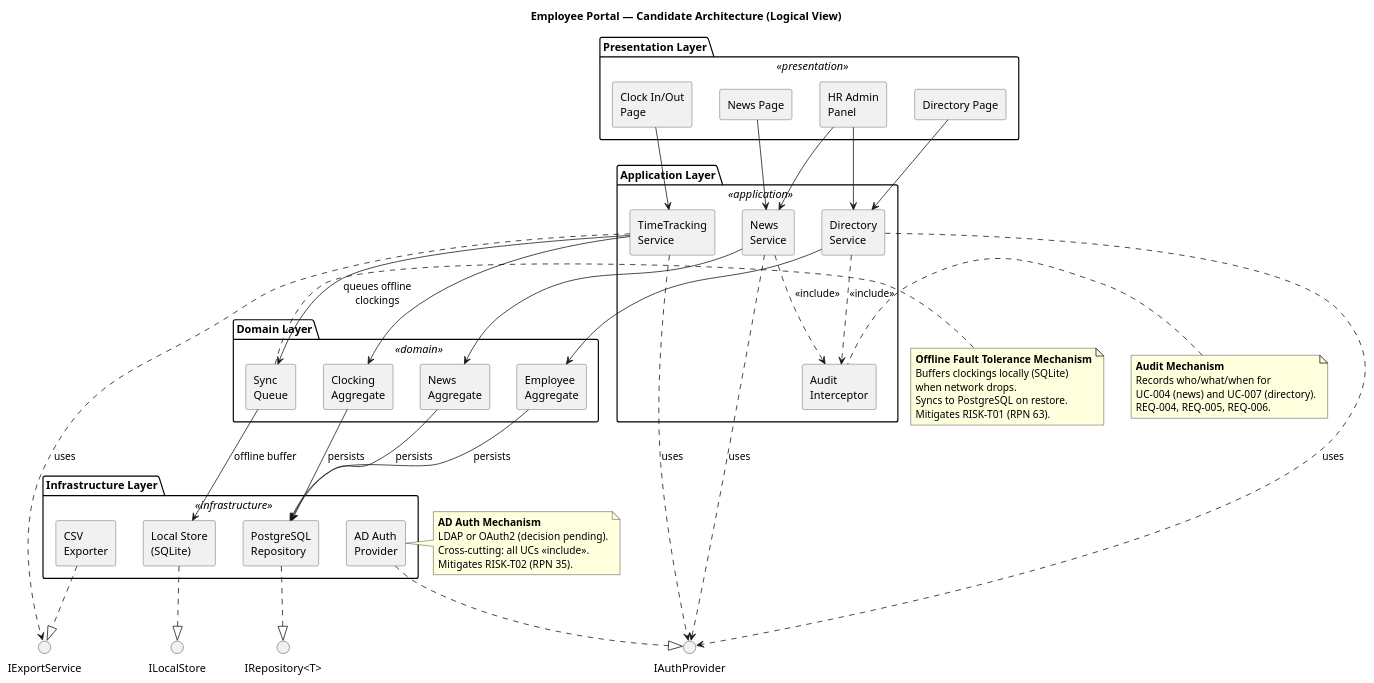
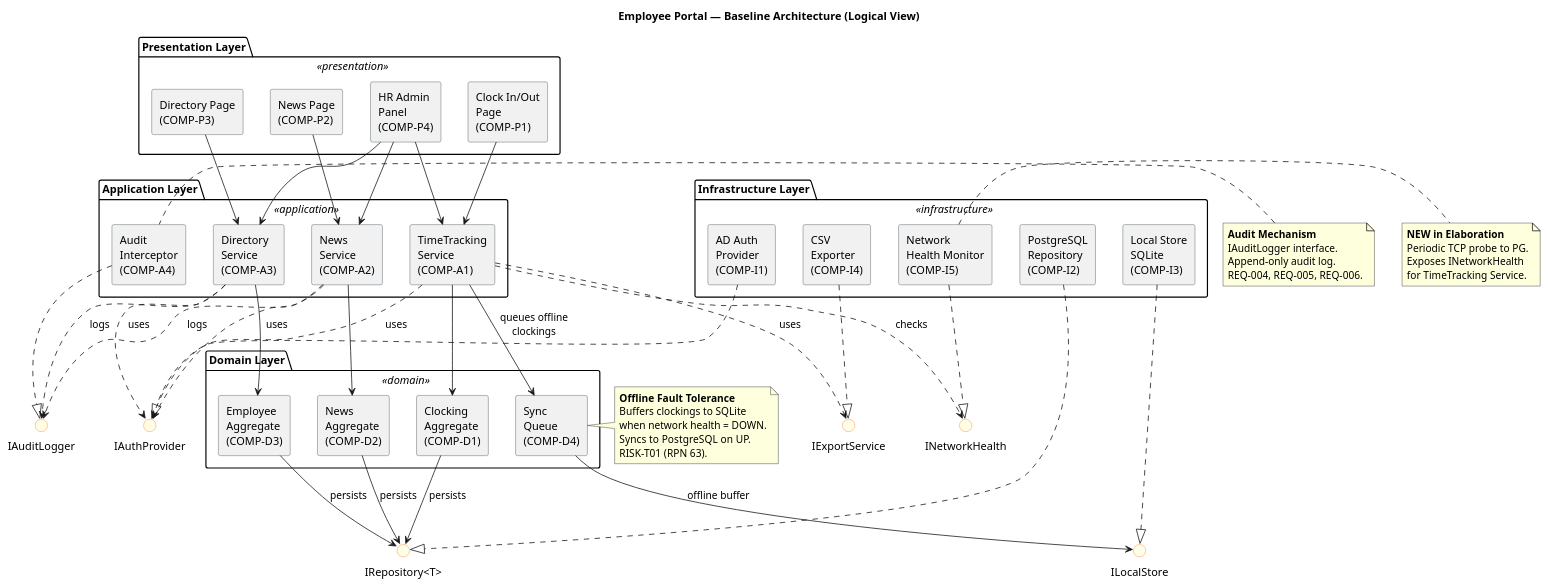
Before and after one commit to banense-test/demo-janke-lab: the fourth of 8 diagrams in docs/artifacts/analysis---design/software-architecture-document.md, drawn with PlantUML. The commit also changed other lines of this file, not shown here.

First line of the commit message:
Software Architect [E1]: upsert Software Architecture Document

```diff
--- a/docs/artifacts/analysis---design/software-architecture-document.md
+++ b/docs/artifacts/analysis---design/software-architecture-document.md
@@ -118,95 +344,100 @@
   BackgroundColor<<infrastructure>> #fce4ec
   BorderColor #37474f
 }
+skinparam interface {
+  BackgroundColor #fffde7
+  BorderColor #f57f17
+}
 
-title Employee Portal — Candidate Architecture (Logical View)
+title Employee Portal — Baseline Architecture (Logical View)
 
 package "Presentation Layer" <<presentation>> {
-  component "Clock In/Out\nPage" as COMP_P1
-  component "News Page" as COMP_P2
-  component "Directory Page" as COMP_P3
-  component "HR Admin\nPanel" as COMP_P4
+  component "Clock In/Out\nPage\n(COMP-P1)" as COMP_P1
+  component "News Page\n(COMP-P2)" as COMP_P2
+  component "Directory Page\n(COMP-P3)" as COMP_P3
+  component "HR Admin\nPanel\n(COMP-P4)" as COMP_P4
 }
 
 package "Application Layer" <<application>> {
-  component "TimeTracking\nService" as COMP_A1
-  component "News\nService" as COMP_A2
-  component "Directory\nService" as COMP_A3
-  component "Audit\nInterceptor" as COMP_A4
+  component "TimeTracking\nService\n(COMP-A1)" as COMP_A1
+  component "News\nService\n(COMP-A2)" as COMP_A3
+  component "Directory\nService\n(COMP-A3)" as COMP_A3b
+  component "Audit\nInterceptor\n(COMP-A4)" as COMP_A4
 }
 
 package "Domain Layer" <<domain>> {
-  component "Clocking\nAggregate" as COMP_D1
-  component "News\nAggregate" as COMP_D2
-  component "Employee\nAggregate" as COMP_D3
-  component "Sync\nQueue" as COMP_D4
+  component "Clocking\nAggregate\n(COMP-D1)" as COMP_D1
+  component "News\nAggregate\n(COMP-D2)" as COMP_D2
+  component "Employee\nAggregate\n(COMP-D3)" as COMP_D3
+  component "Sync\nQueue\n(COMP-D4)" as COMP_D4
 }
 
 package "Infrastructure Layer" <<infrastructure>> {
-  component "AD Auth\nProvider" as COMP_I1
-  component "PostgreSQL\nRepository" as COMP_I2
-  component "Local Store\n(SQLite)" as COMP_I3
-  component "CSV\nExporter" as COMP_I4
+  component "AD Auth\nProvider\n(COMP-I1)" as COMP_I1
+  component "PostgreSQL\nRepository\n(COMP-I2)" as COMP_I2
+  component "Local Store\nSQLite\n(COMP-I3)" as COMP_I3
+  component "CSV\nExporter\n(COMP-I4)" as COMP_I4
+  component "Network\nHealth Monitor\n(COMP-I5)" as COMP_I5
 }
 
-' Presentation -> Application
-COMP_P1 --> COMP_A1
-COMP_P2 --> COMP_A2
-COMP_P3 --> COMP_A3
-COMP_P4 --> COMP_A2
-COMP_P4 --> COMP_A3
-
-' Application -> Domain
-COMP_A1 --> COMP_D1
-COMP_A2 --> COMP_D2
-COMP_A3 --> COMP_D3
-COMP_A1 --> COMP_D4 : queues offline\nclockings
-
-' Audit cross-cutting
-COMP_A2 ..> COMP_A4 : <<include>>
-COMP_A3 ..> COMP_A4 : <<include>>
-
-' Domain -> Infrastructure
-COMP_D1 --> COMP_I2 : persists
-COMP_D2 --> COMP_I2 : persists
-COMP_D3 --> COMP_I2 : persists
-COMP_D4 --> COMP_I3 : offline buffer
-
-' Infrastructure interfaces
 interface "IAuthProvider" as INT_AUTH
 interface "IRepository<T>" as INT_REPO
 interface "ILocalStore" as INT_LOCAL
 interface "IExportService" as INT_EXPORT
+interface "INetworkHealth" as INT_HEALTH
+interface "IAuditLogger" as INT_AUDIT
 
 COMP_I1 ..|> INT_AUTH
 COMP_I2 ..|> INT_REPO
 COMP_I3 ..|> INT_LOCAL
 COMP_I4 ..|> INT_EXPORT
+COMP_I5 ..|> INT_HEALTH
+COMP_A4 ..|> INT_AUDIT
 
+COMP_P1 --> COMP_A1
+COMP_P2 --> COMP_A3
+COMP_P3 --> COMP_A3b
+COMP_P4 --> COMP_A3
+COMP_P4 --> COMP_A3b
+COMP_P4 --> COMP_A1
+
+COMP_A1 --> COMP_D1
+COMP_A3 --> COMP_D2
+COMP_A3b --> COMP_D3
+COMP_A1 --> COMP_D4 : queues offline\nclockings
+
+COMP_A3 ..> INT_AUDIT : logs
+COMP_A3b ..> INT_AUDIT : logs
+
+COMP_D1 --> INT_REPO : persists
+COMP_D2 --> INT_REPO : persists
+COMP_D3 --> INT_REPO : persists
+COMP_D4 --> INT_LOCAL : offline buffer
+COMP_A1 ..> INT_HEALTH : checks
 COMP_A1 ..> INT_AUTH : uses
 COMP_A1 ..> INT_EXPORT : uses
-COMP_A2 ..> INT_AUTH : uses
 COMP_A3 ..> INT_AUTH : uses
+COMP_A3b ..> INT_AUTH : uses
 
 note right of COMP_D4
-  **Offline Fault Tolerance Mechanism**
-  Buffers clockings locally (SQLite)
-  when network drops.
-  Syncs to PostgreSQL on restore.
-  Mitigates RISK-T01 (RPN 63).
+  **Offline Fault Tolerance**
+  Buffers clockings to SQLite
+  when network health = DOWN.
+  Syncs to PostgreSQL on UP.
+  RISK-T01 (RPN 63).
 end note
 
-note right of COMP_I1
-  **AD Auth Mechanism**
-  LDAP or OAuth2 (decision pending).
-  Cross-cutting: all UCs <<include>>.
-  Mitigates RISK-T02 (RPN 35).
+note right of COMP_I5
+  **NEW in Elaboration**
+  Periodic TCP probe to PG.
+  Exposes INetworkHealth
+  for TimeTracking Service.
 end note
 
 note left of COMP_A4
   **Audit Mechanism**
-  Records who/what/when for
-  UC-004 (news) and UC-007 (directory).
+  IAuditLogger interface.
+  Append-only audit log.
   REQ-004, REQ-005, REQ-006.
 end note
 
```
